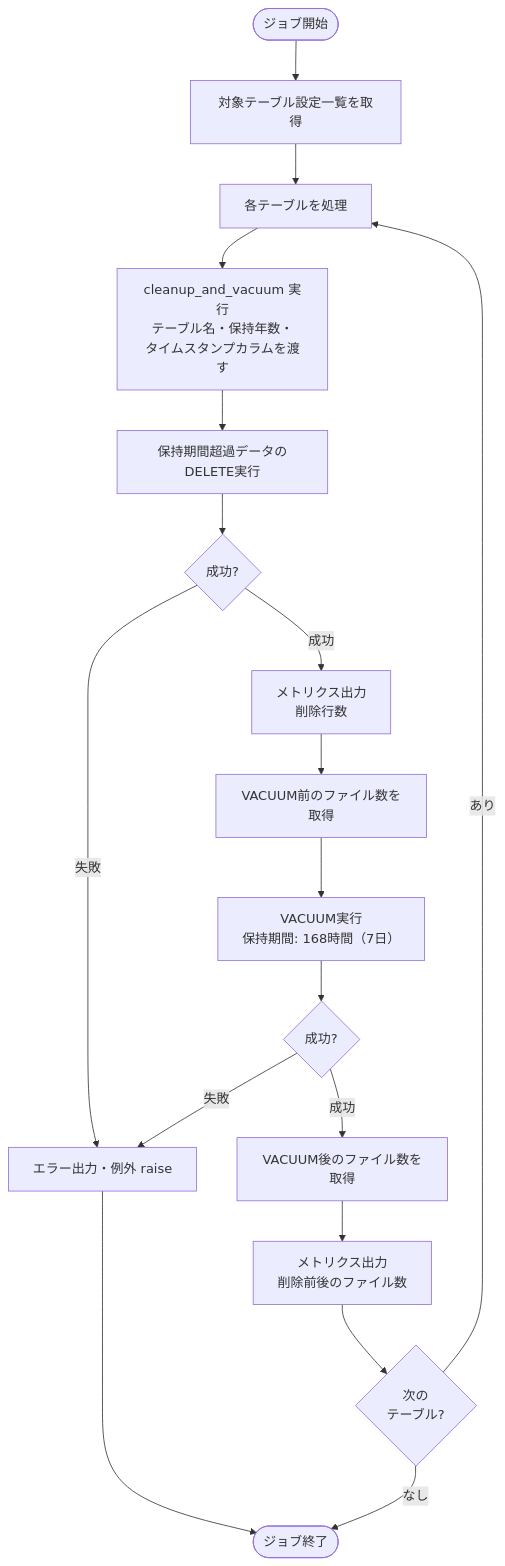
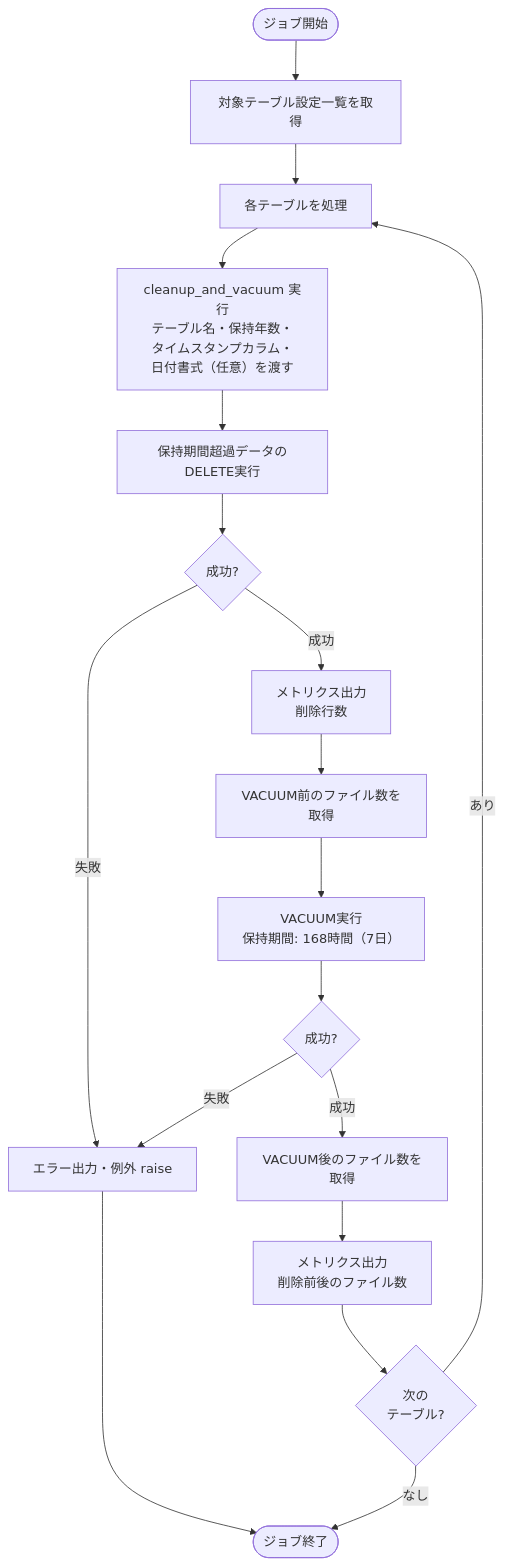
Before and after one commit to NSW-SVCP-AIWG002/Databricks-IoT: the second of 3 diagrams in docs/03-features/batch/optimization/job-specification.md, drawn with Mermaid. The commit also changed other lines of this file and 1 other file, not shown here.

````diff
--- a/docs/03-features/batch/optimization/job-specification.md
+++ b/docs/03-features/batch/optimization/job-specification.md
@@ -181,26 +181,26 @@
 ```mermaid
 flowchart TD
     Start([ジョブ開始]) --> GetTables[対象テーブル設定一覧を取得]
     GetTables --> Loop[各テーブルを処理]
 
-    Loop --> Cleanup[cleanup_and_vacuum 実行<br>テーブル名・保持年数・<br>タイムスタンプカラムを渡す]
+    Loop --> Cleanup[cleanup_and_vacuum 実行<br>テーブル名・保持年数・<br>タイムスタンプカラム・<br>日付書式（任意）を渡す]
     Cleanup --> Delete[保持期間超過データのDELETE実行]
     Delete --> DeleteResult{成功?}
 
     DeleteResult -->|成功| DeleteMetrics[メトリクス出力<br>削除行数]
     DeleteResult -->|失敗| Error[エラー出力・例外 raise]
 
     DeleteMetrics --> Before[VACUUM前のファイル数を取得]
     Before --> Vacuum[VACUUM実行<br>保持期間: 168時間（7日）]
     Vacuum --> VacuumResult{成功?}
 
     VacuumResult -->|成功| After[VACUUM後のファイル数を取得]
     After --> Metrics[メトリクス出力<br>削除前後のファイル数]
     VacuumResult -->|失敗| Error
 
     Metrics --> Next{次の<br>テーブル?}
     Error --> End
 
     Next -->|あり| Loop
     Next -->|なし| End([ジョブ終了])
 ```
````
